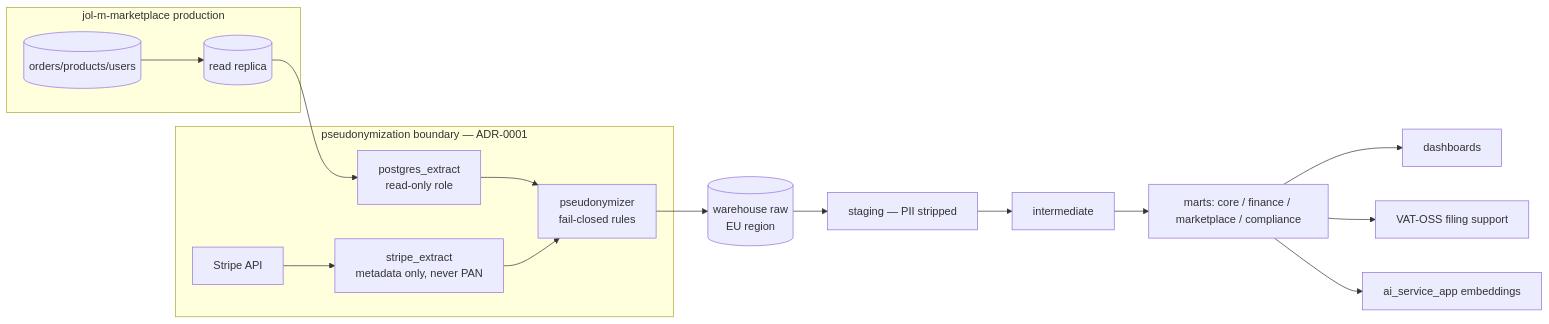
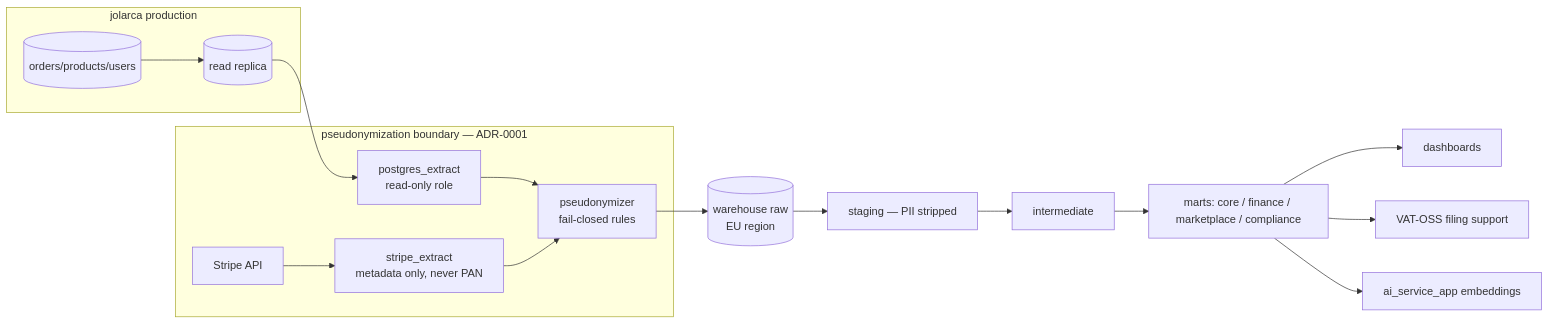
The diagram in docs/architecture.md (jolarca-dev/jolarca-data), drawn with Mermaid before and after one commit. The commit also changed other lines of this file and 45 other files, not shown here.

Commit message:
chore: rename jol-m-* references to jolarca* (JOL-RENAME-20260831-01)

````diff
--- a/docs/architecture.md
+++ b/docs/architecture.md
@@ -16,19 +16,19 @@
 ```mermaid
 flowchart LR
-  subgraph PROD [jol-m-marketplace production]
+  subgraph PROD [jolarca production]
     P[(orders/products/users)] --> R[(read replica)]
   end
   subgraph BOUNDARY [pseudonymization boundary — ADR-0001]
     R --> EX[postgres_extract\nread-only role]
     S[Stripe API] --> SE[stripe_extract\nmetadata only, never PAN]
     EX --> PZ[pseudonymizer\nfail-closed rules]
     SE --> PZ
   end
   PZ --> RAW[(warehouse raw\nEU region)]
   RAW --> STG[staging — PII stripped]
   STG --> INT[intermediate]
   INT --> MARTS[marts: core / finance / marketplace / compliance]
   MARTS --> C1[dashboards]
   MARTS --> C2[VAT-OSS filing support]
   MARTS --> C3[ai_service_app embeddings]
 ```
````
